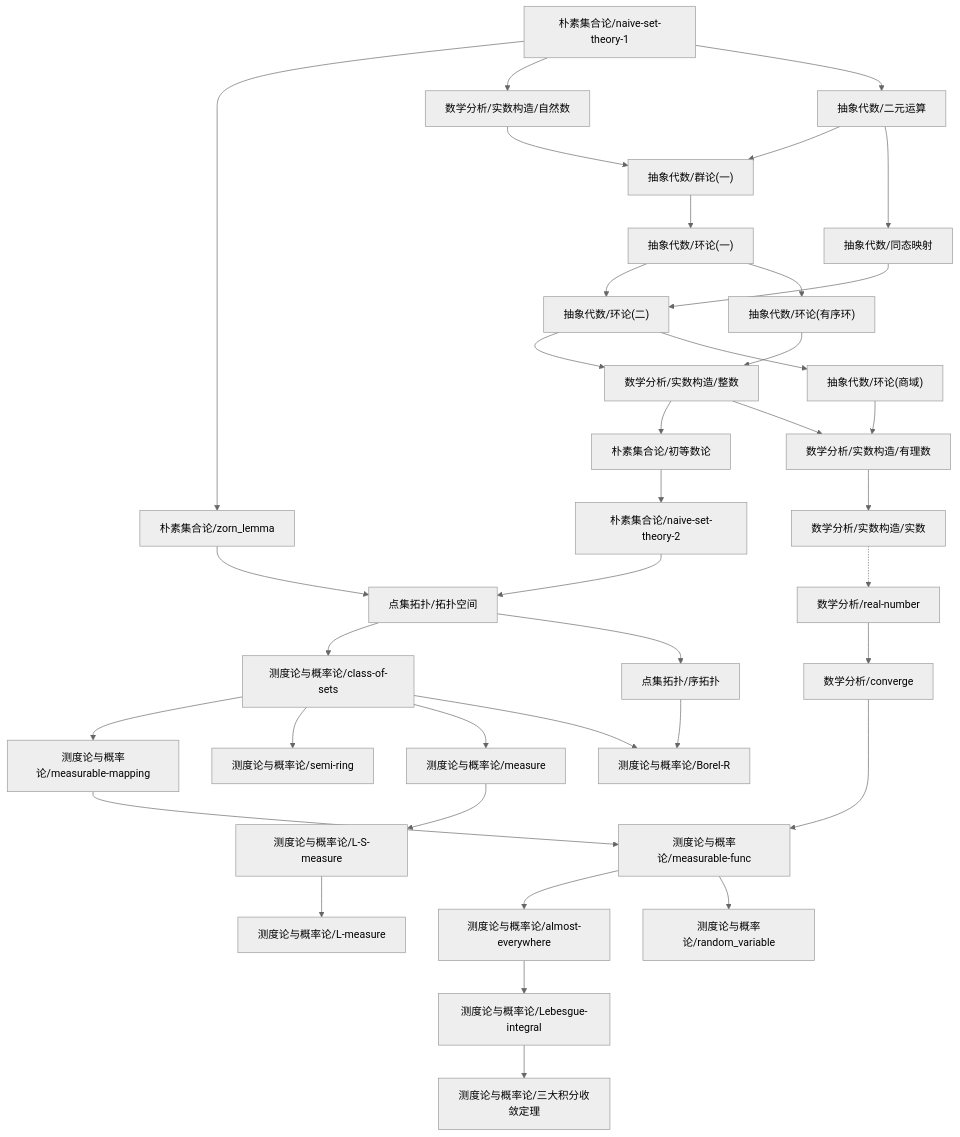
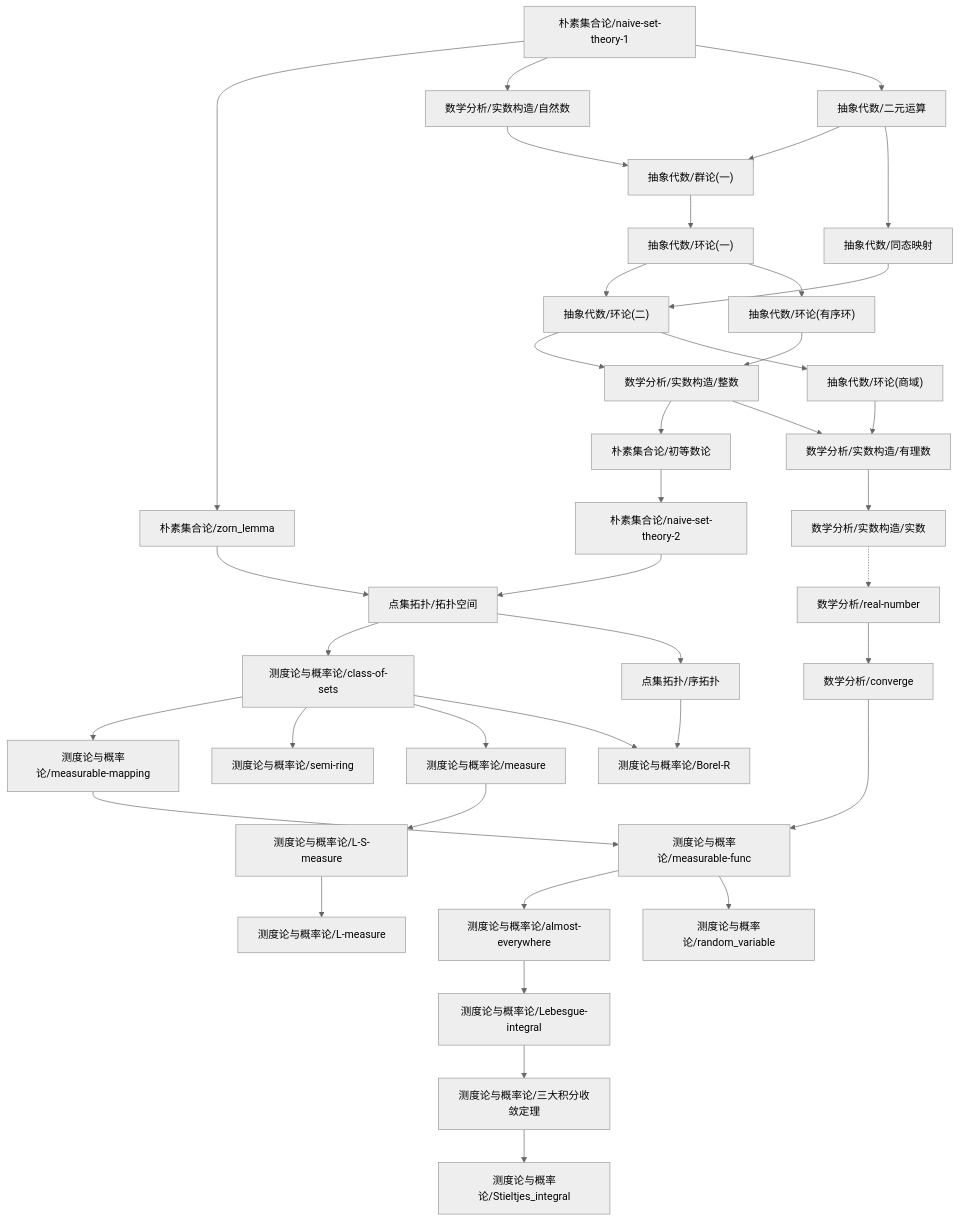
One commit to zeroDtree/zeroDtree.github.io changed the diagram in content/测度论与概率论/dependency_graph.md. Above: the diagram before and after it, drawn with Mermaid (neutral theme). The commit also changed 16 other files, not shown here.

````diff
--- a/content/测度论与概率论/dependency_graph.md
+++ b/content/测度论与概率论/dependency_graph.md
@@ -1,40 +1,41 @@
 ```mermaid
 graph TD
 1["点集拓扑/拓扑空间"] --> 0["测度论与概率论/class-of-sets"]
 3["测度论与概率论/almost-everywhere"] --> 2["测度论与概率论/Lebesgue-integral"]
-0["测度论与概率论/class-of-sets"] --> 4["测度论与概率论/measurable-mapping"]
-6["测度论与概率论/measure"] --> 5["测度论与概率论/L-S-measure"]
-4["测度论与概率论/measurable-mapping"] --> 7["测度论与概率论/measurable-func"]
-8["数学分析/converge"] --> 7["测度论与概率论/measurable-func"]
-0["测度论与概率论/class-of-sets"] --> 9["测度论与概率论/semi-ring"]
-2["测度论与概率论/Lebesgue-integral"] --> 10["测度论与概率论/三大积分收敛定理"]
-7["测度论与概率论/measurable-func"] --> 3["测度论与概率论/almost-everywhere"]
-7["测度论与概率论/measurable-func"] --> 11["测度论与概率论/random_variable"]
-0["测度论与概率论/class-of-sets"] --> 6["测度论与概率论/measure"]
-5["测度论与概率论/L-S-measure"] --> 13["测度论与概率论/L-measure"]
-0["测度论与概率论/class-of-sets"] --> 14["测度论与概率论/Borel-R"]
-15["点集拓扑/序拓扑"] --> 14["测度论与概率论/Borel-R"]
-1["点集拓扑/拓扑空间"] --> 15["点集拓扑/序拓扑"]
-16["朴素集合论/naive-set-theory-2"] --> 1["点集拓扑/拓扑空间"]
-17["朴素集合论/zorn_lemma"] --> 1["点集拓扑/拓扑空间"]
-18["朴素集合论/初等数论"] --> 16["朴素集合论/naive-set-theory-2"]
-19["朴素集合论/naive-set-theory-1"] --> 17["朴素集合论/zorn_lemma"]
-20["数学分析/实数构造/整数"] --> 18["朴素集合论/初等数论"]
-21["抽象代数/环论(二)"] --> 20["数学分析/实数构造/整数"]
-22["抽象代数/环论(有序环)"] --> 20["数学分析/实数构造/整数"]
-23["抽象代数/环论(一)"] --> 21["抽象代数/环论(二)"]
-24["抽象代数/同态映射"] --> 21["抽象代数/环论(二)"]
-23["抽象代数/环论(一)"] --> 22["抽象代数/环论(有序环)"]
-25["抽象代数/群论(一)"] --> 23["抽象代数/环论(一)"]
-26["数学分析/实数构造/自然数"] --> 25["抽象代数/群论(一)"]
-27["抽象代数/二元运算"] --> 25["抽象代数/群论(一)"]
-19["朴素集合论/naive-set-theory-1"] --> 26["数学分析/实数构造/自然数"]
-19["朴素集合论/naive-set-theory-1"] --> 27["抽象代数/二元运算"]
-27["抽象代数/二元运算"] --> 24["抽象代数/同态映射"]
-28["数学分析/real-number"] --> 8["数学分析/converge"]
-29["数学分析/实数构造/实数"] -.-> 28["数学分析/real-number"]
-30["数学分析/实数构造/有理数"] --> 29["数学分析/实数构造/实数"]
-20["数学分析/实数构造/整数"] --> 30["数学分析/实数构造/有理数"]
-31["抽象代数/环论(商域)"] --> 30["数学分析/实数构造/有理数"]
-21["抽象代数/环论(二)"] --> 31["抽象代数/环论(商域)"]
+5["测度论与概率论/三大积分收敛定理"] --> 4["测度论与概率论/Stieltjes_integral"]
+0["测度论与概率论/class-of-sets"] --> 6["测度论与概率论/measurable-mapping"]
+8["测度论与概率论/measure"] --> 7["测度论与概率论/L-S-measure"]
+6["测度论与概率论/measurable-mapping"] --> 9["测度论与概率论/measurable-func"]
+10["数学分析/converge"] --> 9["测度论与概率论/measurable-func"]
+0["测度论与概率论/class-of-sets"] --> 11["测度论与概率论/semi-ring"]
+2["测度论与概率论/Lebesgue-integral"] --> 5["测度论与概率论/三大积分收敛定理"]
+9["测度论与概率论/measurable-func"] --> 3["测度论与概率论/almost-everywhere"]
+9["测度论与概率论/measurable-func"] --> 12["测度论与概率论/random_variable"]
+0["测度论与概率论/class-of-sets"] --> 8["测度论与概率论/measure"]
+7["测度论与概率论/L-S-measure"] --> 14["测度论与概率论/L-measure"]
+0["测度论与概率论/class-of-sets"] --> 15["测度论与概率论/Borel-R"]
+16["点集拓扑/序拓扑"] --> 15["测度论与概率论/Borel-R"]
+1["点集拓扑/拓扑空间"] --> 16["点集拓扑/序拓扑"]
+17["朴素集合论/naive-set-theory-2"] --> 1["点集拓扑/拓扑空间"]
+18["朴素集合论/zorn_lemma"] --> 1["点集拓扑/拓扑空间"]
+19["朴素集合论/初等数论"] --> 17["朴素集合论/naive-set-theory-2"]
+20["朴素集合论/naive-set-theory-1"] --> 18["朴素集合论/zorn_lemma"]
+21["数学分析/实数构造/整数"] --> 19["朴素集合论/初等数论"]
+22["抽象代数/环论(二)"] --> 21["数学分析/实数构造/整数"]
+23["抽象代数/环论(有序环)"] --> 21["数学分析/实数构造/整数"]
+24["抽象代数/环论(一)"] --> 22["抽象代数/环论(二)"]
+25["抽象代数/同态映射"] --> 22["抽象代数/环论(二)"]
+24["抽象代数/环论(一)"] --> 23["抽象代数/环论(有序环)"]
+26["抽象代数/群论(一)"] --> 24["抽象代数/环论(一)"]
+27["数学分析/实数构造/自然数"] --> 26["抽象代数/群论(一)"]
+28["抽象代数/二元运算"] --> 26["抽象代数/群论(一)"]
+20["朴素集合论/naive-set-theory-1"] --> 27["数学分析/实数构造/自然数"]
+20["朴素集合论/naive-set-theory-1"] --> 28["抽象代数/二元运算"]
+28["抽象代数/二元运算"] --> 25["抽象代数/同态映射"]
+29["数学分析/real-number"] --> 10["数学分析/converge"]
+30["数学分析/实数构造/实数"] -.-> 29["数学分析/real-number"]
+31["数学分析/实数构造/有理数"] --> 30["数学分析/实数构造/实数"]
+21["数学分析/实数构造/整数"] --> 31["数学分析/实数构造/有理数"]
+32["抽象代数/环论(商域)"] --> 31["数学分析/实数构造/有理数"]
+22["抽象代数/环论(二)"] --> 32["抽象代数/环论(商域)"]
 ```
````
